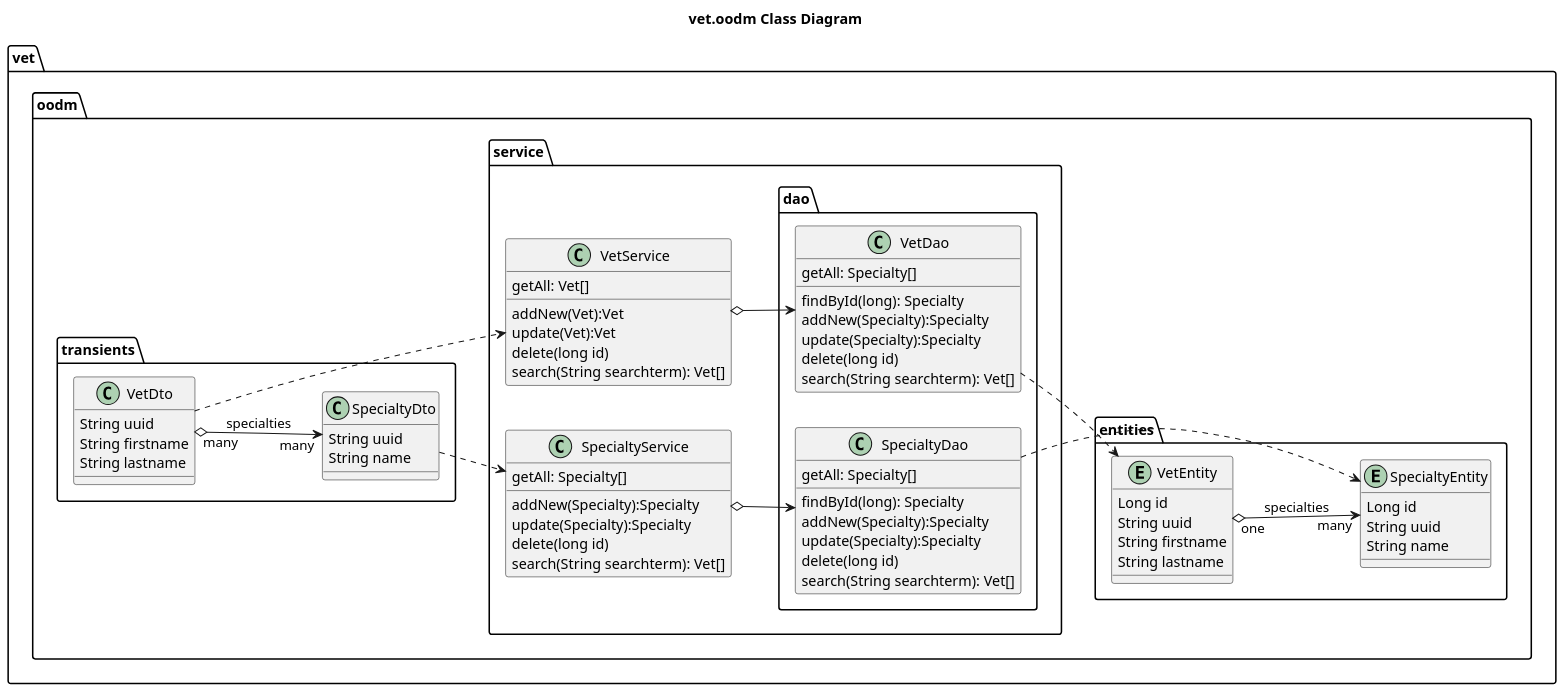
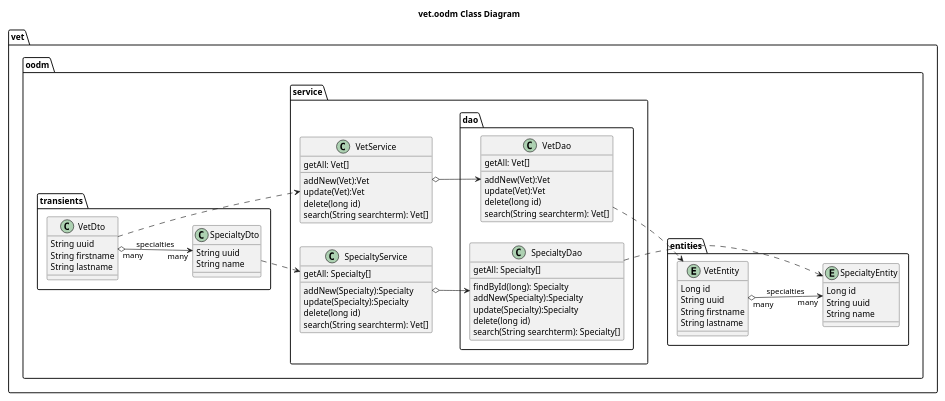
Before and after one commit to Jakarta-EE-Petclinic/petclinic-uml: the diagram in etc/puml/vet/DB__Class.puml, drawn with PlantUML. The commit also changed 22 other files, not shown here.

```diff
--- a/etc/puml/vet/DB__Class.puml
+++ b/etc/puml/vet/DB__Class.puml
@@ -1,95 +1,94 @@
 @startuml
 'https://plantuml.com/class-diagram
 
 title vet.oodm Class Diagram
 
 left to right direction
 'top to bottom direction
 
-scale 2000 width
+scale 1200 width
 
 package vet.oodm {
 
     package vet.oodm.entities {
 
         entity VetEntity {
             Long id
             String uuid
             String firstname
             String lastname
         }
 
         entity SpecialtyEntity {
             Long id
             String uuid
             String name
         }
 
-        VetEntity "one" o--> "many" SpecialtyEntity: specialties
+        VetEntity "many" o--> "many" SpecialtyEntity: specialties
     }
 
     package vet.oodm.service {
 
         class VetService {
             getAll: Vet[]
             addNew(Vet):Vet
             update(Vet):Vet
             delete(long id)
             search(String searchterm): Vet[]
         }
 
         class SpecialtyService {
             getAll: Specialty[]
             addNew(Specialty):Specialty
             update(Specialty):Specialty
             delete(long id)
             search(String searchterm): Vet[]
         }
 
         package vet.oodm.service.dao {
             class VetDao {
-                getAll: Specialty[]
-                findById(long): Specialty
-                addNew(Specialty):Specialty
-                update(Specialty):Specialty
-                delete(long id)
-                search(String searchterm): Vet[]
+               getAll: Vet[]
+               addNew(Vet):Vet
+               update(Vet):Vet
+               delete(long id)
+               search(String searchterm): Vet[]
             }
             class SpecialtyDao {
                 getAll: Specialty[]
                 findById(long): Specialty
                 addNew(Specialty):Specialty
                 update(Specialty):Specialty
                 delete(long id)
-                search(String searchterm): Vet[]
+                search(String searchterm): Specialty[]
             }
         }
 
         VetService o--> VetDao
         SpecialtyService o--> SpecialtyDao
 
         VetDao ..> VetEntity
         SpecialtyDao ..> SpecialtyEntity
     }
 
     package vet.oodm.transients {
 
         class VetDto {
             String uuid
             String firstname
             String lastname
         }
 
         class SpecialtyDto {
             String uuid
             String name
         }
 
         VetDto "many" o--> "many" SpecialtyDto: specialties
 
         VetDto ..> VetService
         SpecialtyDto ..> SpecialtyService
     }
 }
 
 @enduml
```
